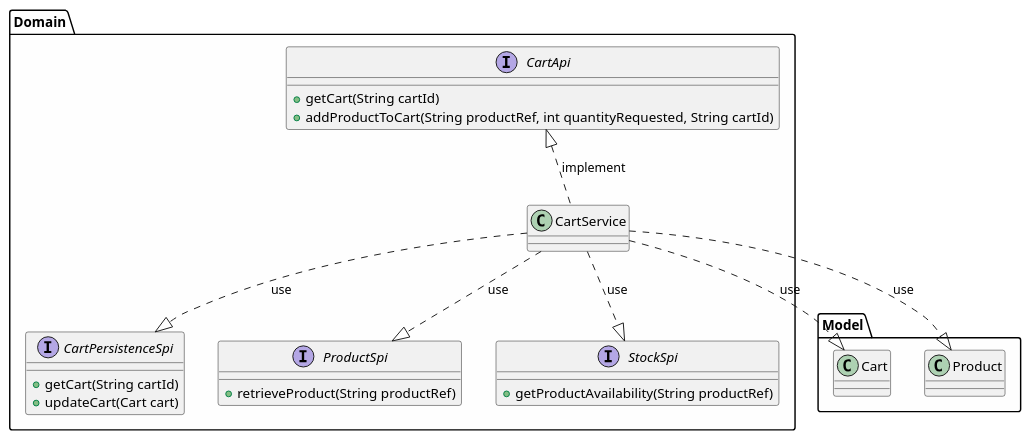
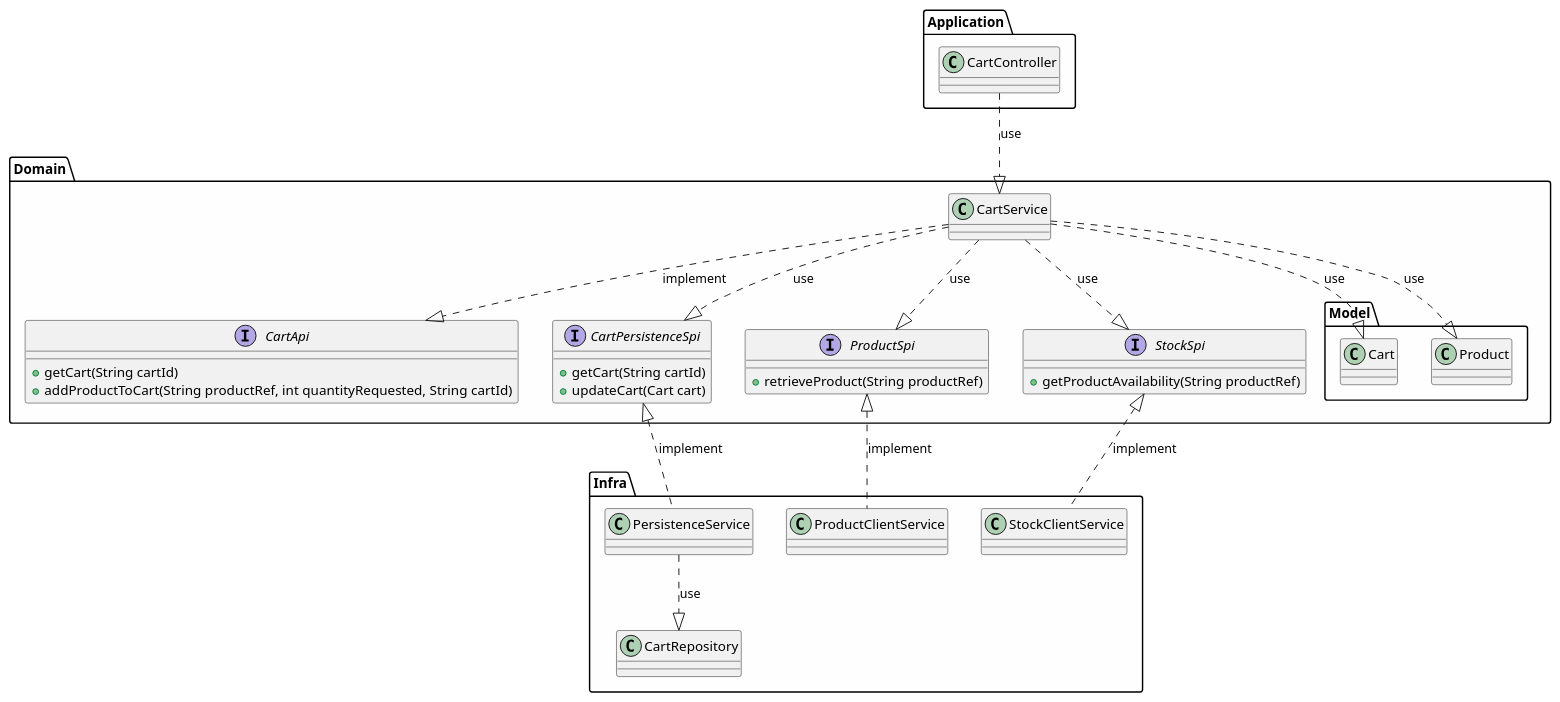
The diagram in hexagonal architecture.puml (rabarijaona/hexagonal-arch), drawn with PlantUML before and after one commit. The commit also changed 8 other files, not shown here.

Commit message:
Full implementation - Hexagonal architecture

```diff
--- a/hexagonal architecture.puml
+++ b/hexagonal architecture.puml
@@ -1,31 +1,54 @@
 @startuml
-package "Model" #fefefe {
+package "Domain" #fefefe {
+ package "Model" #fefefe {
   class Cart
   class Product
-}
-
-package "Domain" #fefefe {
+ }
   interface CartApi {
       +getCart(String cartId)
       +addProductToCart(String productRef, int quantityRequested, String cartId)
   }
   interface CartPersistenceSpi {
     +getCart(String cartId)
     +updateCart(Cart cart)
   }
   interface ProductSpi {
     +retrieveProduct(String productRef)
   }
   interface StockSpi {
     +getProductAvailability(String productRef)
   }
   class CartService
 
-  CartApi <|.. CartService : implement
+  CartService ..|> CartApi  : implement
   CartService ..|> CartPersistenceSpi: use
   CartService ..|> ProductSpi: use
   CartService ..|> StockSpi: use
   CartService ..|> Cart: use
   CartService ..|> Product: use
 }
+
+
+
+package "Infra" #fefefe {
+
+  class PersistenceService
+  class StockClientService
+  class ProductClientService
+  class CartRepository
+
+  CartPersistenceSpi <|.. PersistenceService : implement
+  ProductSpi <|.. ProductClientService : implement
+  StockSpi <|.. StockClientService : implement
+  PersistenceService ..|> CartRepository: use
+
+}
+
+package "Application" #fefefe {
+
+  class CartController
+
+  CartController ..|> CartService: use
+
+}
 @enduml
```
